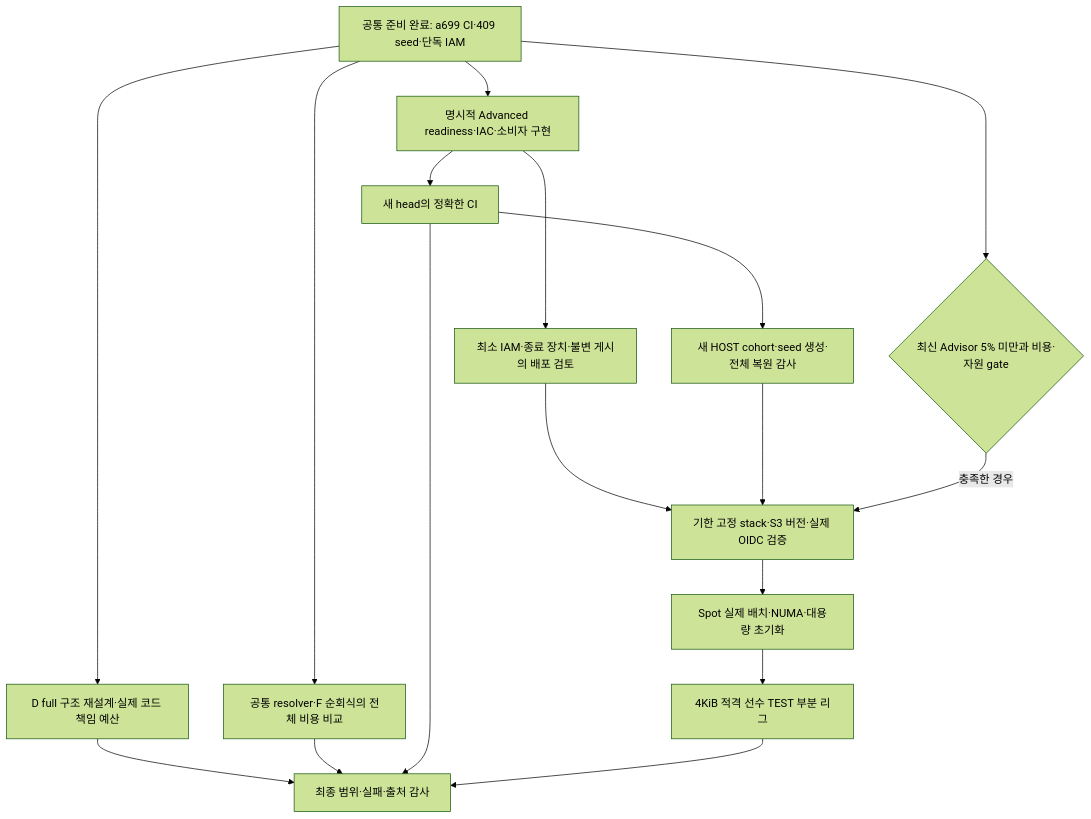
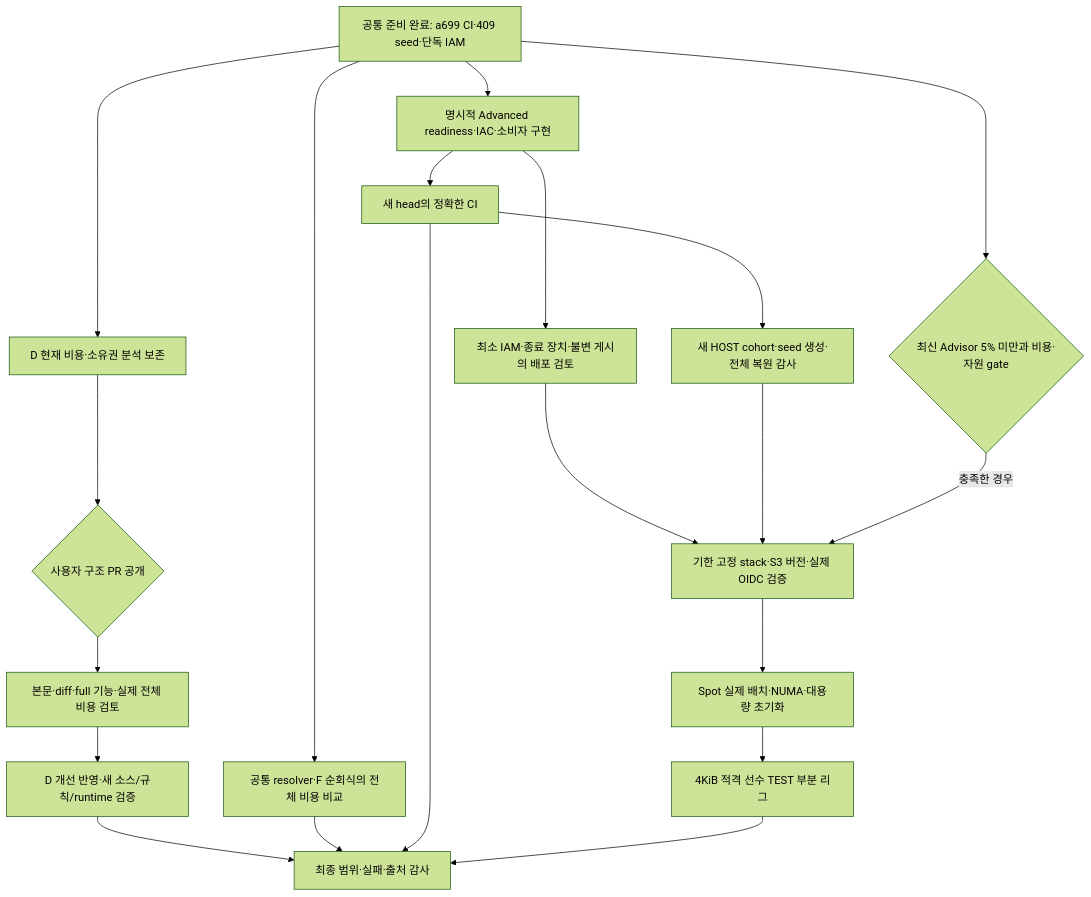
The fourth of 4 diagrams in docs/ENGINE-PLAN.ko.md (daejunnom/Rove4k), drawn with Mermaid (forest theme) before and after one commit. The commit also changed other lines of this file and 9 other files, not shown here.

````diff
--- a/docs/ENGINE-PLAN.ko.md
+++ b/docs/ENGINE-PLAN.ko.md
@@ -633,19 +659,22 @@
 ```mermaid
 flowchart TD
   P[공통 준비 완료: a699 CI·409 seed·단독 IAM] --> S[명시적 Advanced readiness·IAC·소비자 구현]
-  P --> D[D full 구조 재설계·실제 코드 책임 예산]
+  P --> D[D 현재 비용·소유권 분석 보존]
+  D --> DP{사용자 구조 PR 공개}
+  DP --> DR[본문·diff·full 기능·실제 전체 비용 검토]
+  DR --> DV[D 개선 반영·새 소스/규칙/runtime 검증]
   P --> B[공통 resolver·F 순회식의 전체 비용 비교]
   S --> C[새 head의 정확한 CI]
   C --> T[새 HOST cohort·seed 생성·전체 복원 감사]
   S --> H[최소 IAM·종료 장치·불변 게시의 배포 검토]
   H --> X[기한 고정 stack·S3 버전·실제 OIDC 검증]
   T --> X
   P --> G{최신 Advisor 5% 미만과 비용·자원 gate}
   G -->|충족한 경우| X
   X --> N[Spot 실제 배치·NUMA·대용량 초기화]
   N --> L[4KiB 적격 선수 TEST 부분 리그]
-  D --> A[최종 범위·실패·출처 감사]
+  DV --> A[최종 범위·실패·출처 감사]
   B --> A
   C --> A
   L --> A
 ```
````
